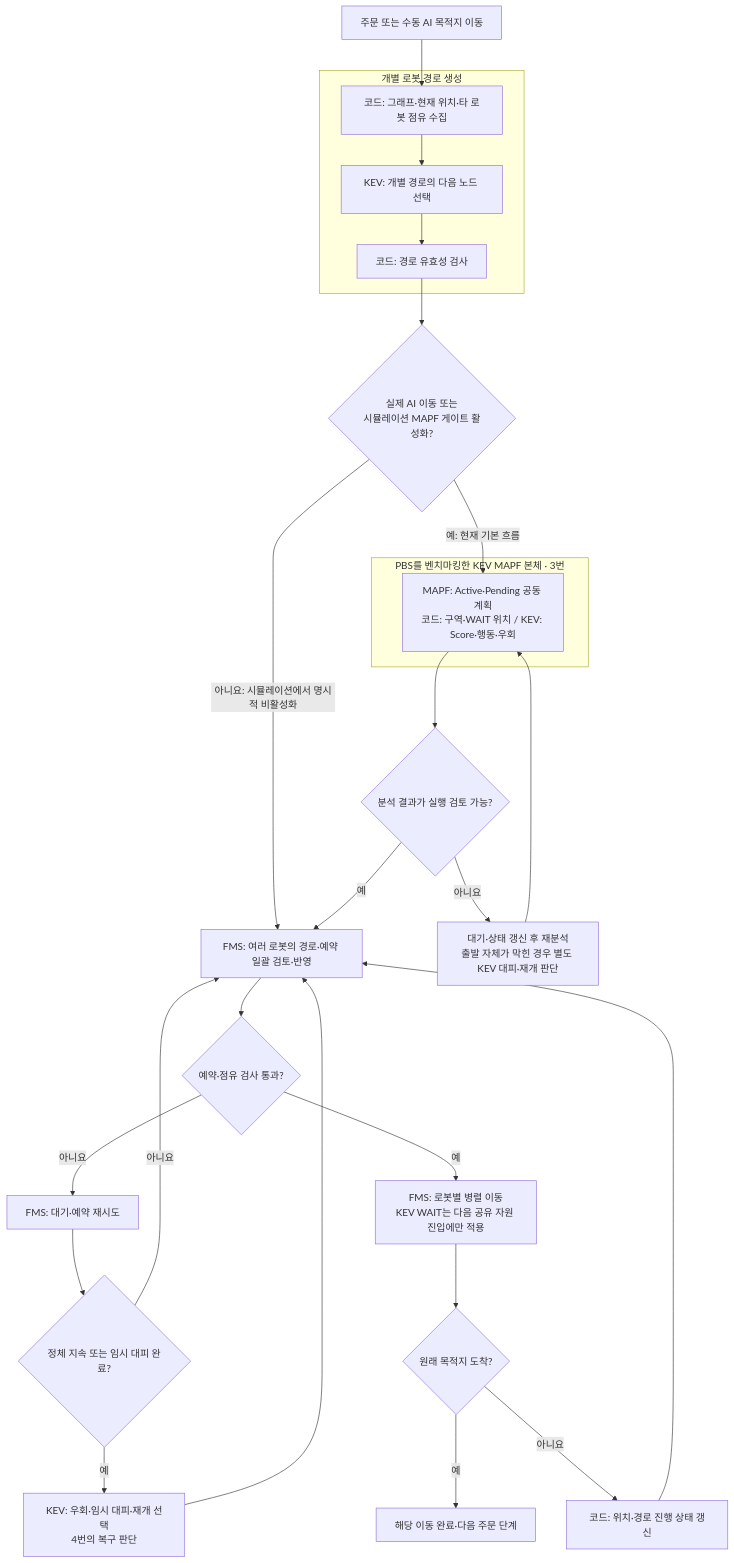
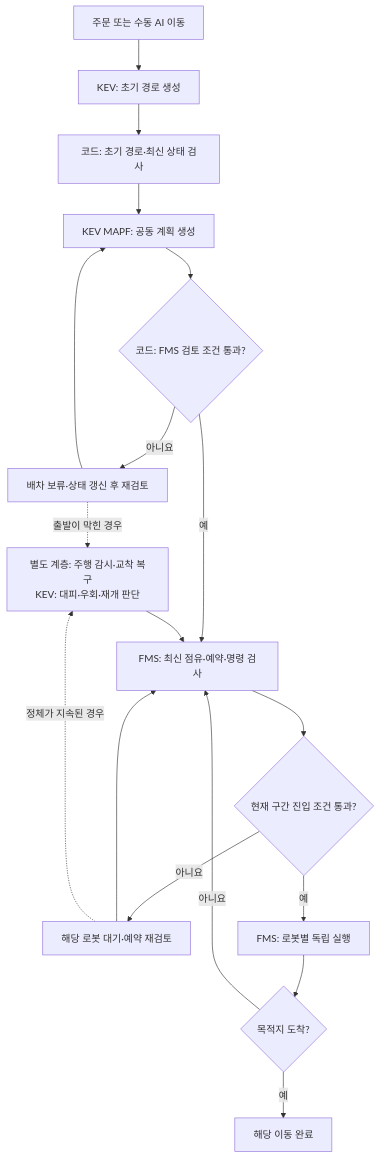
Before and after one commit to E1I6-Logistics/Logistics_AI: the first of 9 diagrams in docs/kev_mapf_flowchart.md, drawn with Mermaid. The commit also changed other lines of this file, not shown here.

````diff
--- a/docs/kev_mapf_flowchart.md
+++ b/docs/kev_mapf_flowchart.md
@@ -56,31 +65,20 @@
 ```mermaid
 flowchart TD
-    A["주문 또는 수동 AI 목적지 이동"] --> B
-    subgraph ROUTE["개별 로봇 경로 생성"]
-        B["코드: 그래프·현재 위치·타 로봇 점유 수집"] --> C["KEV: 개별 경로의 다음 노드 선택"]
-        C --> D["코드: 경로 유효성 검사"]
-    end
-    D --> E{"실제 AI 이동 또는<br/>시뮬레이션 MAPF 게이트 활성화?"}
-
-    E -- "아니요: 시뮬레이션에서 명시적 비활성화" --> H["FMS: 여러 로봇의 경로·예약 일괄 검토·반영"]
-    E -- "예: 현재 기본 흐름" --> F
-    subgraph MAPF["PBS를 벤치마킹한 KEV MAPF 본체 · 3번"]
-        F["MAPF: Active·Pending 공동 계획<br/>코드: 구역·WAIT 위치 / KEV: Score·행동·우회"]
-    end
-    F --> G{"분석 결과가 실행 검토 가능?"}
-    G -- 아니요 --> W["대기·상태 갱신 후 재분석<br/>출발 자체가 막힌 경우 별도 KEV 대피·재개 판단"]
-    W --> F
-    G -- 예 --> H
-
-    H --> I{"예약·점유 검사 통과?"}
-    I -- 아니요 --> J["FMS: 대기·예약 재시도"]
-    I -- 예 --> K["FMS: 로봇별 병렬 이동<br/>KEV WAIT는 다음 공유 자원 진입에만 적용"]
-    K --> L{"원래 목적지 도착?"}
-    L -- 예 --> Z["해당 이동 완료·다음 주문 단계"]
-    L -- 아니요 --> M["코드: 위치·경로 진행 상태 갱신"]
-    M --> H
-    J --> N{"정체 지속 또는 임시 대피 완료?"}
-    N -- 아니요 --> H
-    N -- 예 --> O["KEV: 우회·임시 대피·재개 선택<br/>4번의 복구 판단"]
-    O --> H
+    A["주문 또는 수동 AI 이동"] --> B["KEV: 초기 경로 생성"]
+    B --> C["코드: 초기 경로·최신 상태 검사"]
+    C --> D["KEV MAPF: 공동 계획 생성"]
+    D --> E{"코드: FMS 검토 조건 통과?"}
+    E -- "아니요" --> W["배차 보류·상태 갱신 후 재검토"]
+    W --> D
+    E -- "예" --> F["FMS: 최신 점유·예약·명령 검사"]
+    F --> G{"현재 구간 진입 조건 통과?"}
+    G -- "아니요" --> H["해당 로봇 대기·예약 재검토"]
+    H --> F
+    G -- "예" --> I["FMS: 로봇별 독립 실행"]
+    I --> J{"목적지 도착?"}
+    J -- "아니요" --> F
+    J -- "예" --> K["해당 이동 완료"]
+    W -. "출발이 막힌 경우" .-> R["별도 계층: 주행 감시·교착 복구<br/>KEV: 대피·우회·재개 판단"]
+    H -. "정체가 지속된 경우" .-> R
+    R --> F
 ```
````
